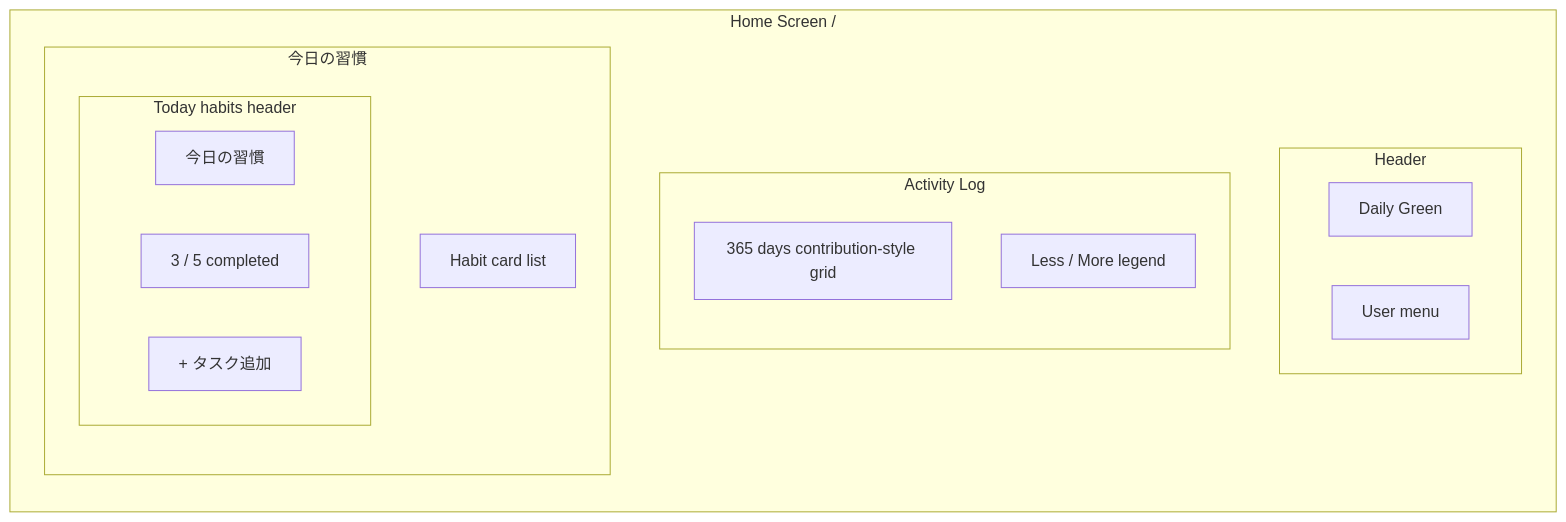
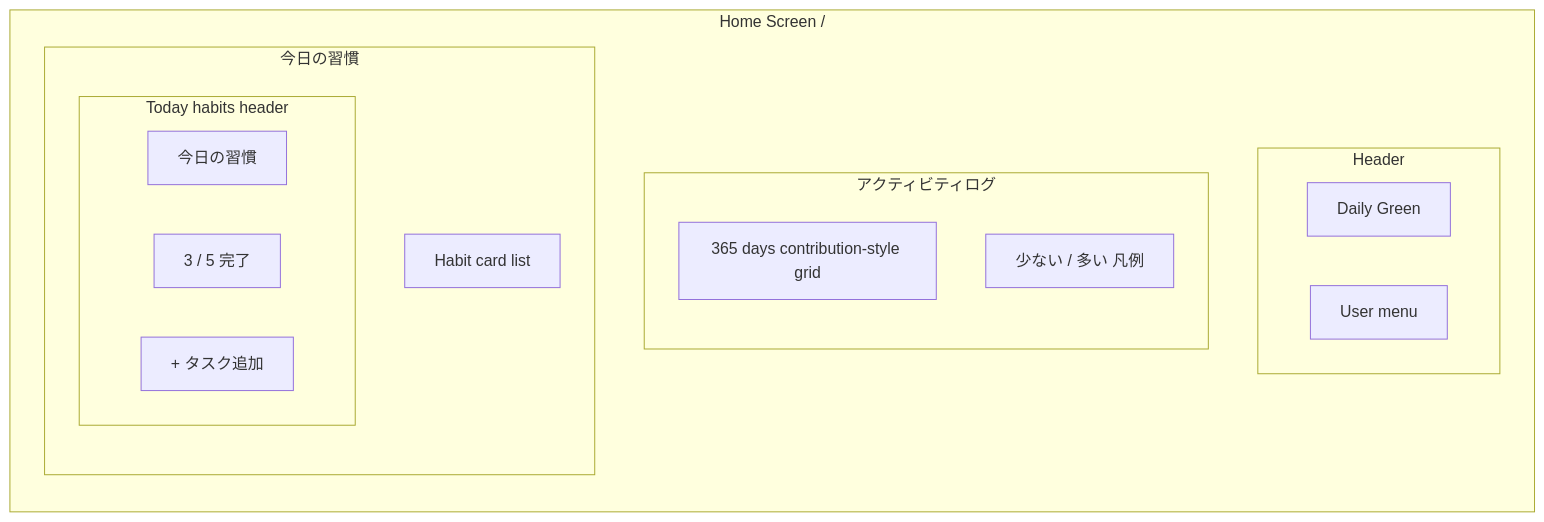
One commit to devegoma/dailygreen changed the first of 11 diagrams in docs/ui/home.md. Above: the diagram before and after it, drawn with Mermaid. The commit also changed other lines of this file, not shown here.

````diff
--- a/docs/ui/home.md
+++ b/docs/ui/home.md
@@ -27,31 +36,31 @@
 ```mermaid
 flowchart TB
   subgraph Screen["Home Screen /"]
     direction TB
 
     subgraph Header["Header"]
       direction LR
       AppName["Daily Green"]
       UserMenu["User menu"]
     end
 
-    subgraph ActivityLog["Activity Log"]
+    subgraph ActivityLog["アクティビティログ"]
       direction TB
       ActivityGrid["365 days contribution-style grid"]
-      ActivityLegend["Less / More legend"]
+      ActivityLegend["少ない / 多い 凡例"]
     end
 
     subgraph TodayHabits["今日の習慣"]
       direction TB
 
       subgraph TodayHabitsHeader["Today habits header"]
         direction LR
         SectionTitle["今日の習慣"]
-        TodaySummary["3 / 5 completed"]
+        TodaySummary["3 / 5 完了"]
         AddHabitButton["+ タスク追加"]
       end
 
       HabitList["Habit card list"]
     end
   end
 ```
````
